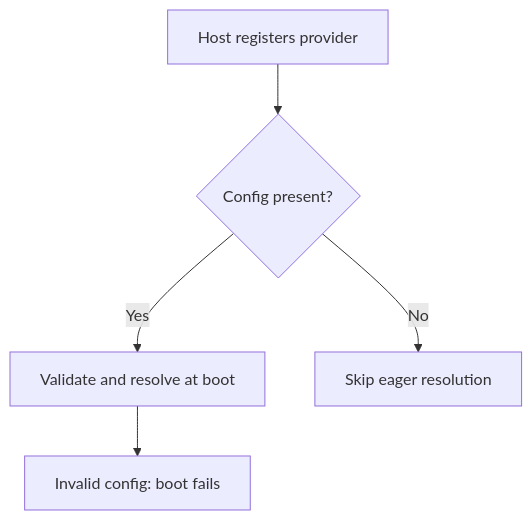
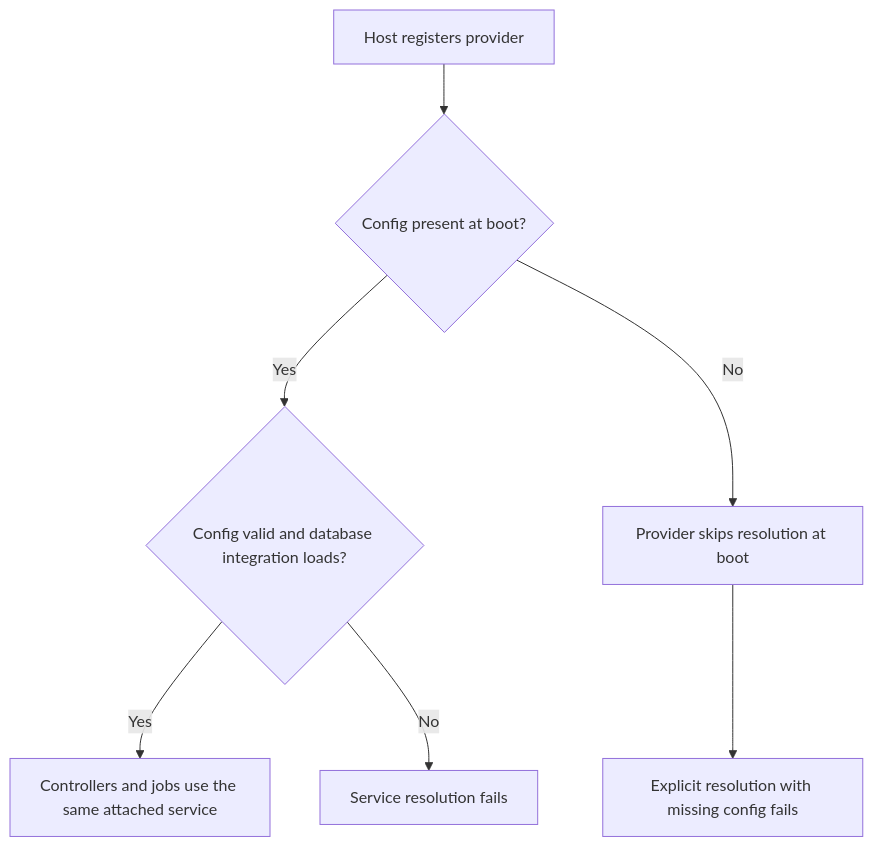
Before and after one commit to Kevinjohn/oss-adonisjs-access-control: the first of 2 diagrams in user-stories/US-ACCESS-31-resolve-provider-service.md, drawn with Mermaid. The commit also changed other lines of this file and 25 other files, not shown here.

````diff
--- a/user-stories/US-ACCESS-31-resolve-provider-service.md
+++ b/user-stories/US-ACCESS-31-resolve-provider-service.md
@@ -20,7 +20,9 @@
 ```mermaid
 flowchart TD
-    A["Host registers provider"] --> B{"Config present?"}
-    B -->|Yes| C["Validate and resolve at boot"]
-    C --> X["Invalid config: boot fails"]
-    B -->|No| D["Skip eager resolution"]
+    A["Host registers provider"] --> B{"Config present at boot?"}
+    B -->|Yes| C{"Config valid and database integration loads?"}
+    C -->|Yes| Y["Controllers and jobs use the same attached service"]
+    C -->|No| X["Service resolution fails"]
+    B -->|No| D["Provider skips resolution at boot"]
+    D --> E["Explicit resolution with missing config fails"]
 ```
````
